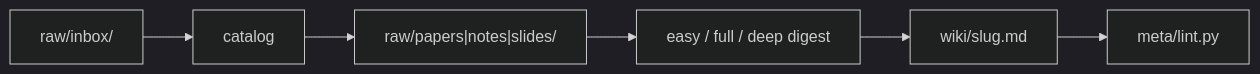
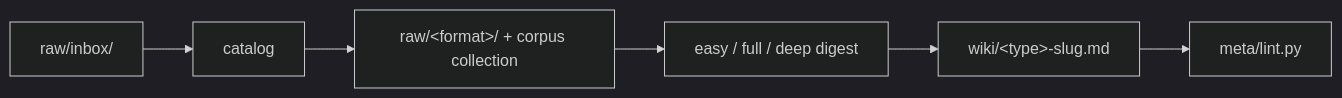
Before and after one commit to yGit741/kb-distillery: the second of 2 diagrams in README.md, drawn with Mermaid (dark theme). The commit also changed other lines of this file and 40 other files, not shown here.

Commit message:
schema(model): raw by format, collection column, type-prefixed slugs

````diff
--- a/README.md
+++ b/README.md
@@ -68,8 +68,8 @@
 ```mermaid
 flowchart LR
   Inbox["raw/inbox/"] --> Catalog["catalog"]
-  Catalog --> Raw["raw/papers|notes|slides/"]
+  Catalog --> Raw["raw/&lt;format&gt;/ + corpus collection"]
   Raw --> Digest["easy / full / deep digest"]
-  Digest --> Wiki["wiki/slug.md"]
+  Digest --> Wiki["wiki/&lt;type&gt;-slug.md"]
   Wiki --> Lint["meta/lint.py"]
 ```
````
